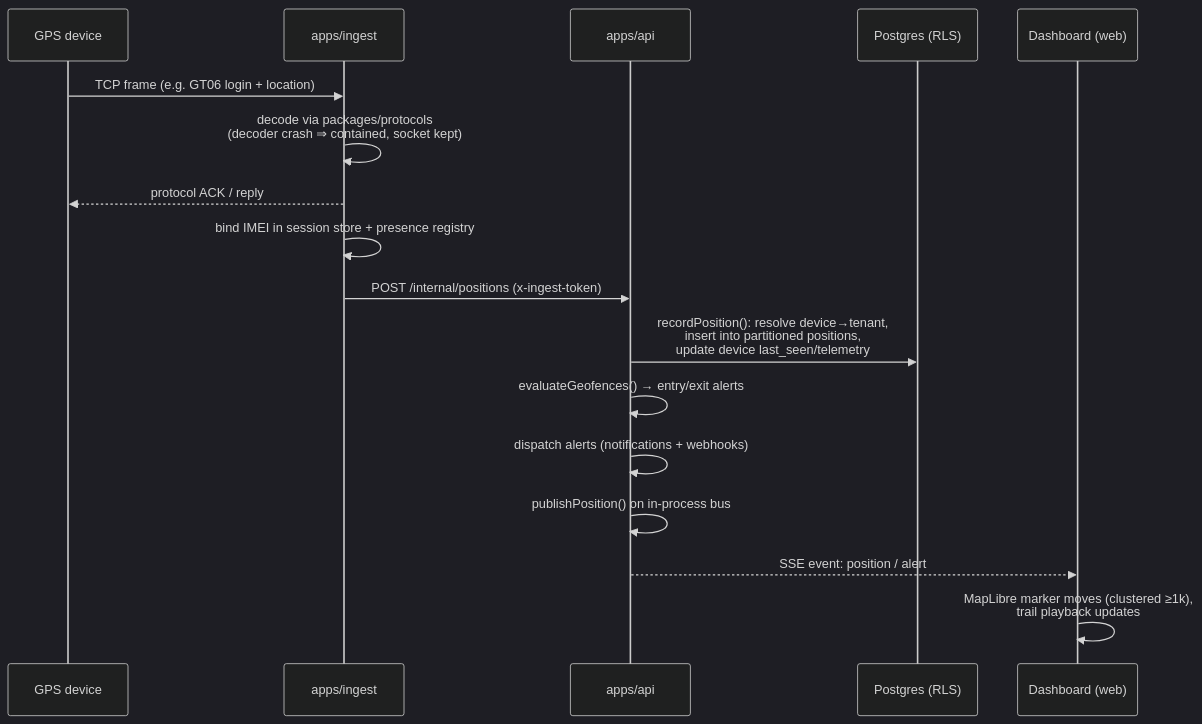
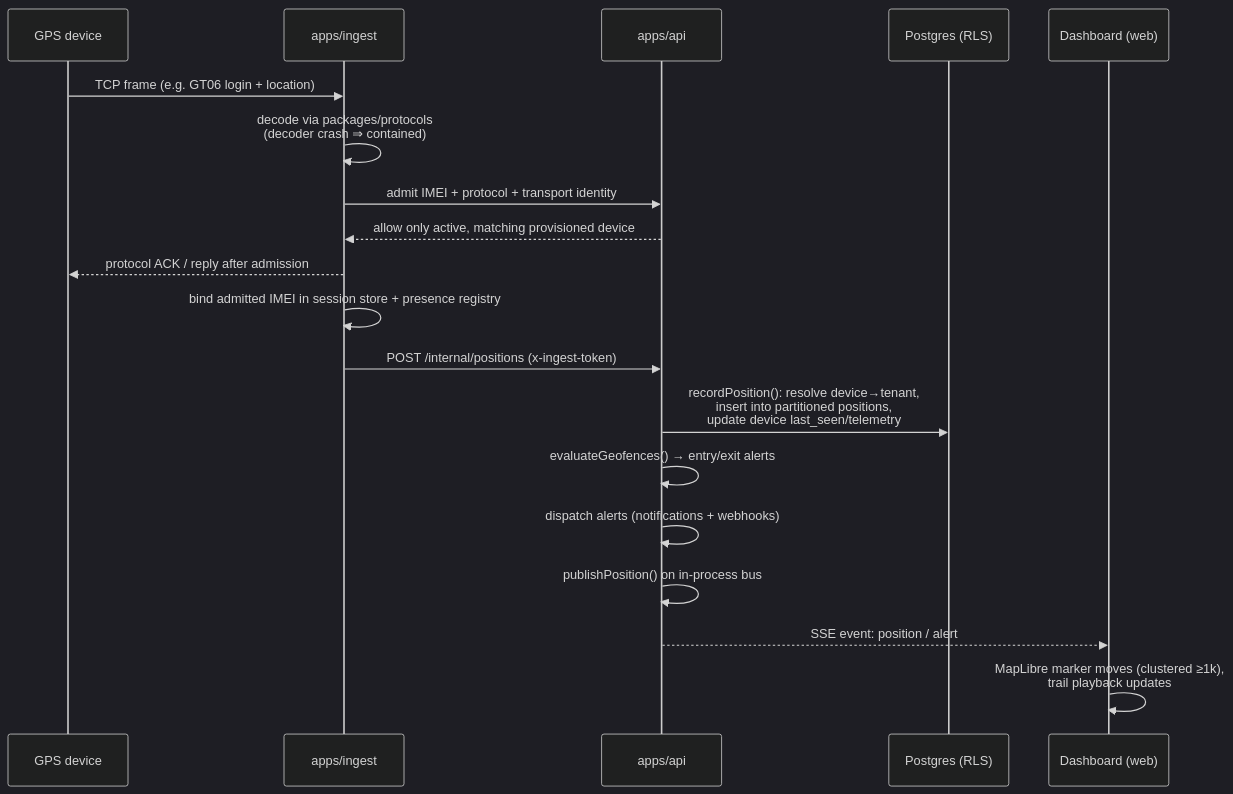
Before and after one commit to vins13pattar/trackflow-open-source: the second of 4 diagrams in docs/ARCHITECTURE.md, drawn with Mermaid (dark theme). The commit also changed other lines of this file and 101 other files, not shown here.

````diff
--- a/docs/ARCHITECTURE.md
+++ b/docs/ARCHITECTURE.md
@@ -82,20 +84,22 @@
 ```mermaid
 sequenceDiagram
   participant D as GPS device
   participant I as apps/ingest
   participant A as apps/api
   participant P as Postgres (RLS)
   participant W as Dashboard (web)
 
   D->>I: TCP frame (e.g. GT06 login + location)
-  I->>I: decode via packages/protocols<br/>(decoder crash ⇒ contained, socket kept)
-  I-->>D: protocol ACK / reply
-  I->>I: bind IMEI in session store + presence registry
+  I->>I: decode via packages/protocols<br/>(decoder crash ⇒ contained)
+  I->>A: admit IMEI + protocol + transport identity
+  A-->>I: allow only active, matching provisioned device
+  I-->>D: protocol ACK / reply after admission
+  I->>I: bind admitted IMEI in session store + presence registry
   I->>A: POST /internal/positions (x-ingest-token)
   A->>P: recordPosition(): resolve device→tenant,<br/>insert into partitioned positions,<br/>update device last_seen/telemetry
   A->>A: evaluateGeofences() → entry/exit alerts
   A->>A: dispatch alerts (notifications + webhooks)
   A->>A: publishPosition() on in-process bus
   A-->>W: SSE event: position / alert
   W->>W: MapLibre marker moves (clustered ≥1k),<br/>trail playback updates
 ```
````
